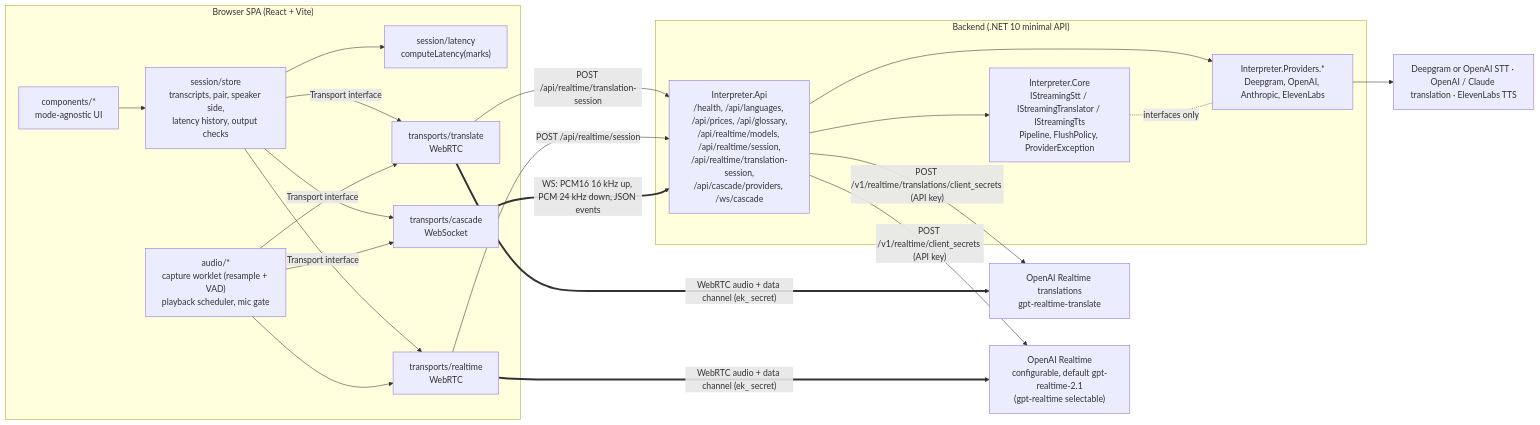
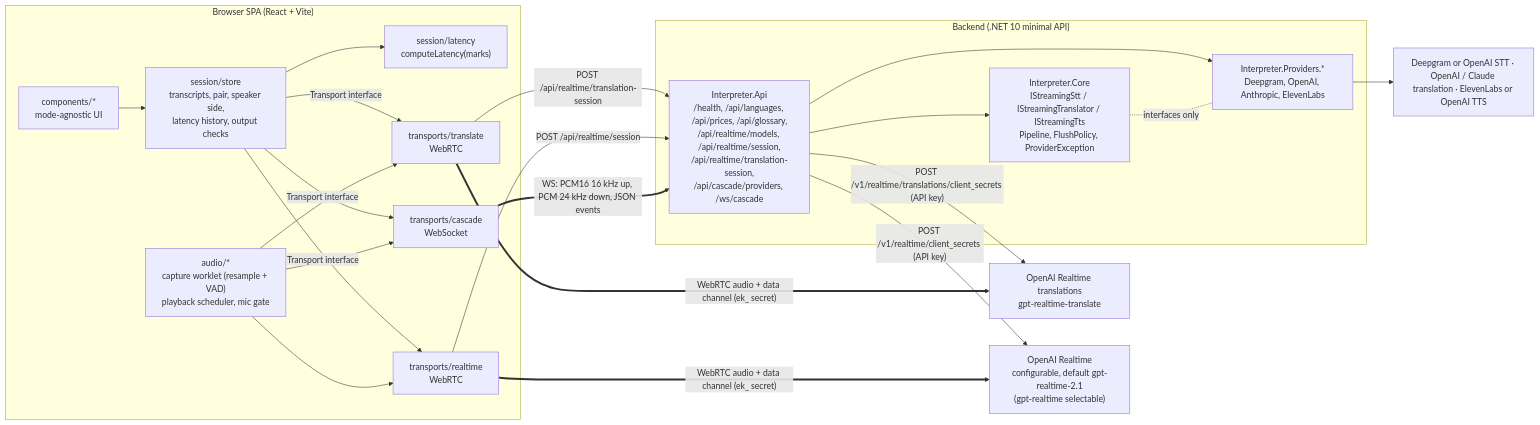
Before and after one commit to paawandesai/boostlingo-interpreter: the first of 4 diagrams in docs/ARCHITECTURE.md, drawn with Mermaid. The commit also changed other lines of this file and 3 other files, not shown here.

First line of the commit message:
docs: list OpenAI TTS and the default translator where vendors are named

````diff
--- a/docs/ARCHITECTURE.md
+++ b/docs/ARCHITECTURE.md
@@ -12,38 +12,38 @@
 ```mermaid
 flowchart LR
   subgraph Browser["Browser SPA (React + Vite)"]
     UI["components/*<br/>mode-agnostic UI"]
     Store["session/store<br/>transcripts, pair, speaker side,<br/>latency history, output checks"]
     Calc["session/latency<br/>computeLatency(marks)"]
     Audio["audio/*<br/>capture worklet (resample + VAD)<br/>playback scheduler, mic gate"]
     TT["transports/translate<br/>WebRTC"]
     RT["transports/realtime<br/>WebRTC"]
     CT["transports/cascade<br/>WebSocket"]
     UI --> Store
     Store --> Calc
     Store -- "Transport interface" --> TT
     Store -- "Transport interface" --> RT
     Store -- "Transport interface" --> CT
     Audio --> TT
     Audio --> RT
     Audio --> CT
   end
 
   subgraph Server["Backend (.NET 10 minimal API)"]
     Api["Interpreter.Api<br/>/health, /api/languages, /api/prices, /api/glossary,<br/>/api/realtime/models, /api/realtime/session,<br/>/api/realtime/translation-session,<br/>/api/cascade/providers, /ws/cascade"]
     Core["Interpreter.Core<br/>IStreamingStt / IStreamingTranslator / IStreamingTts<br/>Pipeline, FlushPolicy, ProviderException"]
     Prov["Interpreter.Providers.*<br/>Deepgram, OpenAI, Anthropic, ElevenLabs"]
     Api --> Core
     Api --> Prov
     Core -. "interfaces only" .- Prov
   end
 
   TT -- "POST /api/realtime/translation-session" --> Api
   RT -- "POST /api/realtime/session" --> Api
   TT == "WebRTC audio + data channel (ek_ secret)" ==> OAT["OpenAI Realtime translations<br/>gpt-realtime-translate"]
   RT == "WebRTC audio + data channel (ek_ secret)" ==> OAI["OpenAI Realtime<br/>configurable, default gpt-realtime-2.1<br/>(gpt-realtime selectable)"]
   Api -- "POST /v1/realtime/client_secrets (API key)" --> OAI
   Api -- "POST /v1/realtime/translations/client_secrets (API key)" --> OAT
   CT == "WS: PCM16 16 kHz up, PCM 24 kHz down, JSON events" ==> Api
-  Prov --> Vendors["Deepgram or OpenAI STT · OpenAI / Claude translation · ElevenLabs TTS"]
+  Prov --> Vendors["Deepgram or OpenAI STT · OpenAI / Claude translation · ElevenLabs or OpenAI TTS"]
 ```
````
